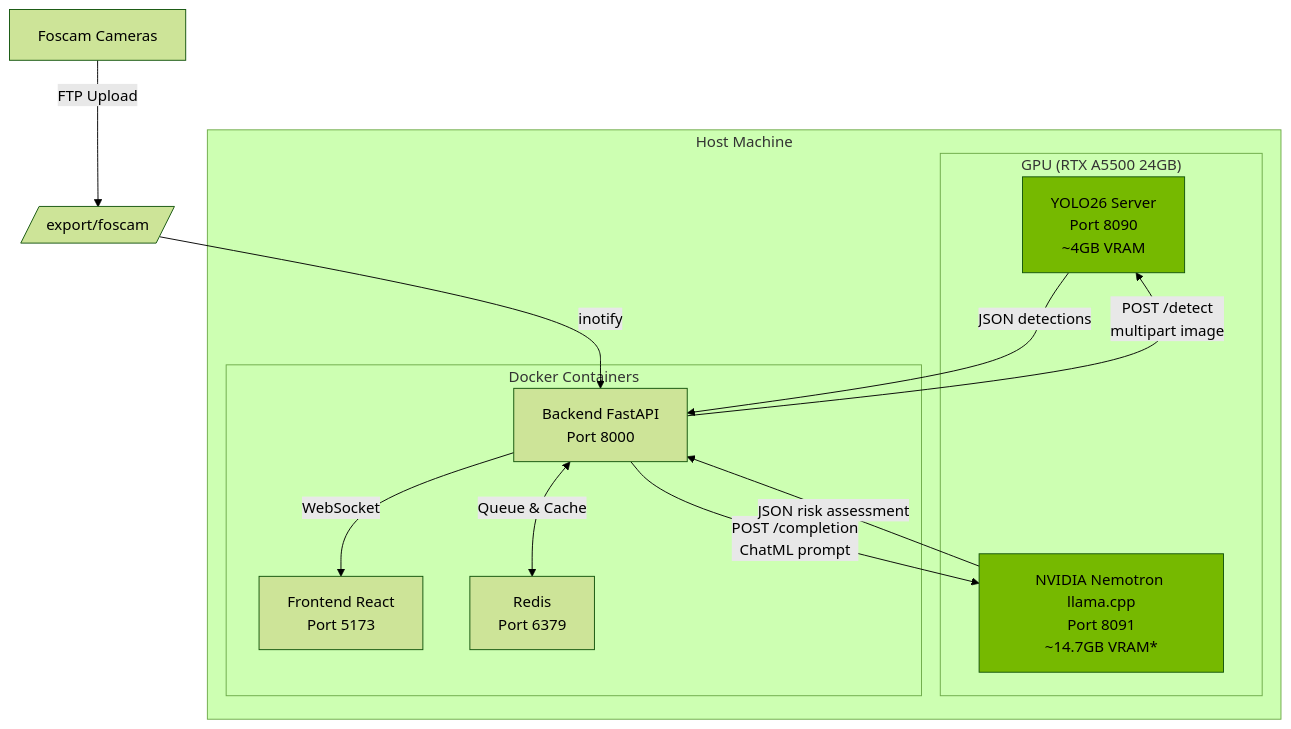
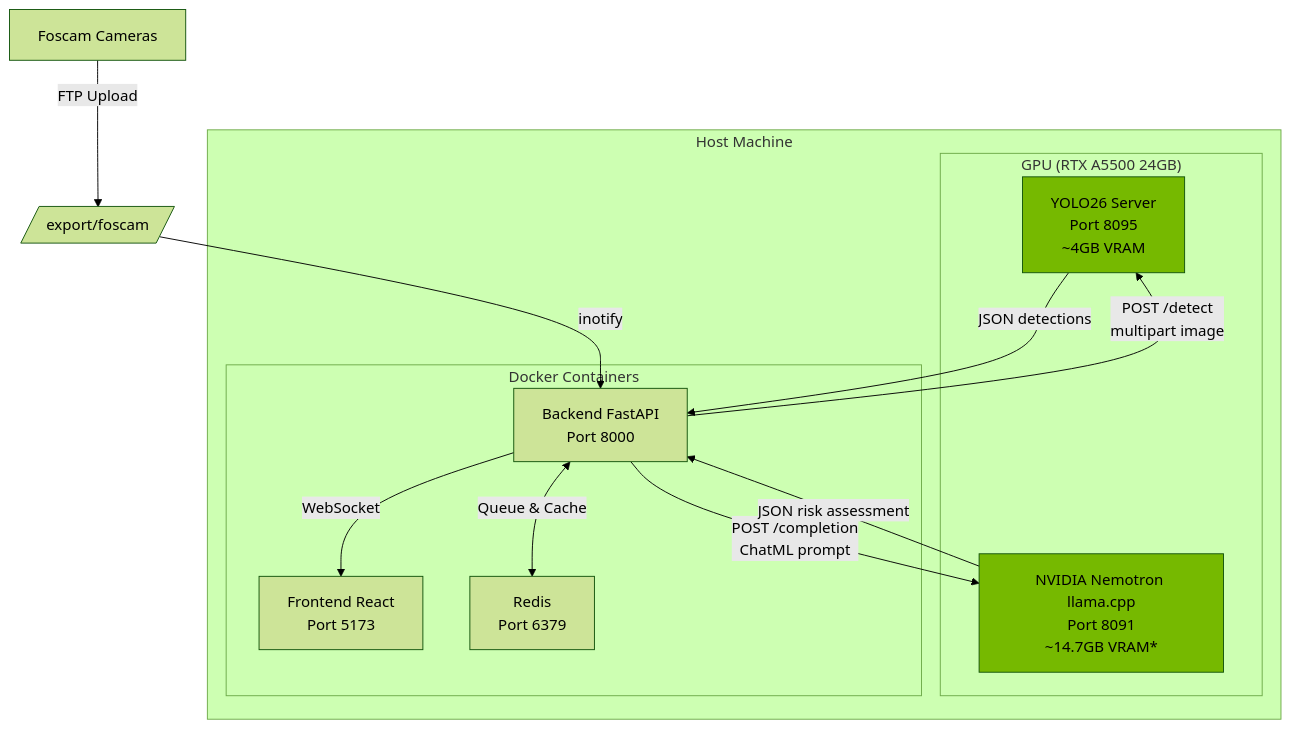
Before and after one commit to mikesvoboda/nemotron-v3-home-security-intelligence: the sixth of 6 diagrams in docs/architecture/ai-pipeline.md, drawn with Mermaid (forest theme). The commit also changed other lines of this file and 206 other files, not shown here.

````diff
--- a/docs/architecture/ai-pipeline.md
+++ b/docs/architecture/ai-pipeline.md
@@ -913,30 +902,30 @@
 ```mermaid
 flowchart TB
     subgraph "Host Machine"
         subgraph "GPU (RTX A5500 24GB)"
-            RT[YOLO26 Server<br/>Port 8090<br/>~4GB VRAM]
+            RT[YOLO26 Server<br/>Port 8095<br/>~4GB VRAM]
             NEM[NVIDIA Nemotron llama.cpp<br/>Port 8091<br/>~14.7GB VRAM*]
         end
 
         subgraph "Docker Containers"
             BE[Backend FastAPI<br/>Port 8000]
             FE[Frontend React<br/>Port 5173]
             RD[Redis<br/>Port 6379]
         end
     end
 
     CAM[Foscam Cameras] -->|FTP Upload| FTP[/export/foscam/]
     FTP -->|inotify| BE
 
     BE -->|POST /detect<br/>multipart image| RT
     RT -->|JSON detections| BE
 
     BE -->|POST /completion<br/>ChatML prompt| NEM
     NEM -->|JSON risk assessment| BE
 
     BE <-->|Queue & Cache| RD
     BE -->|WebSocket| FE
 
     style RT fill:#76B900
     style NEM fill:#76B900
 ```
````
